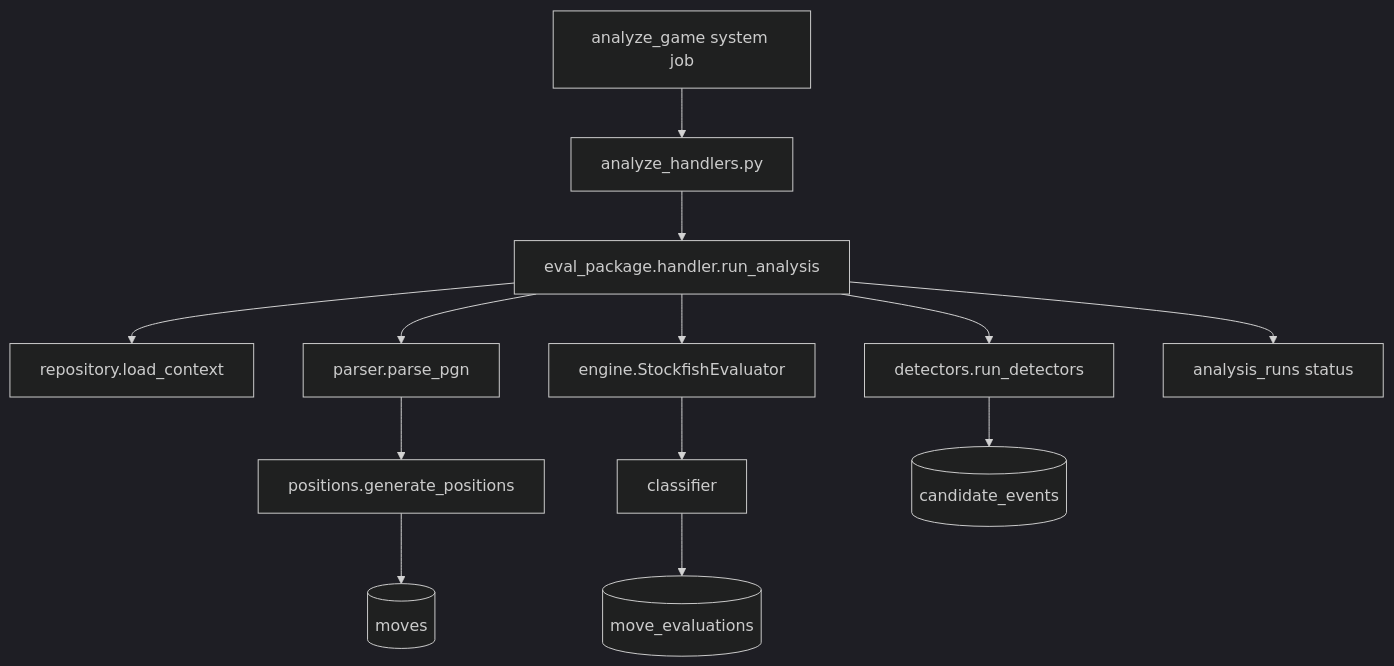
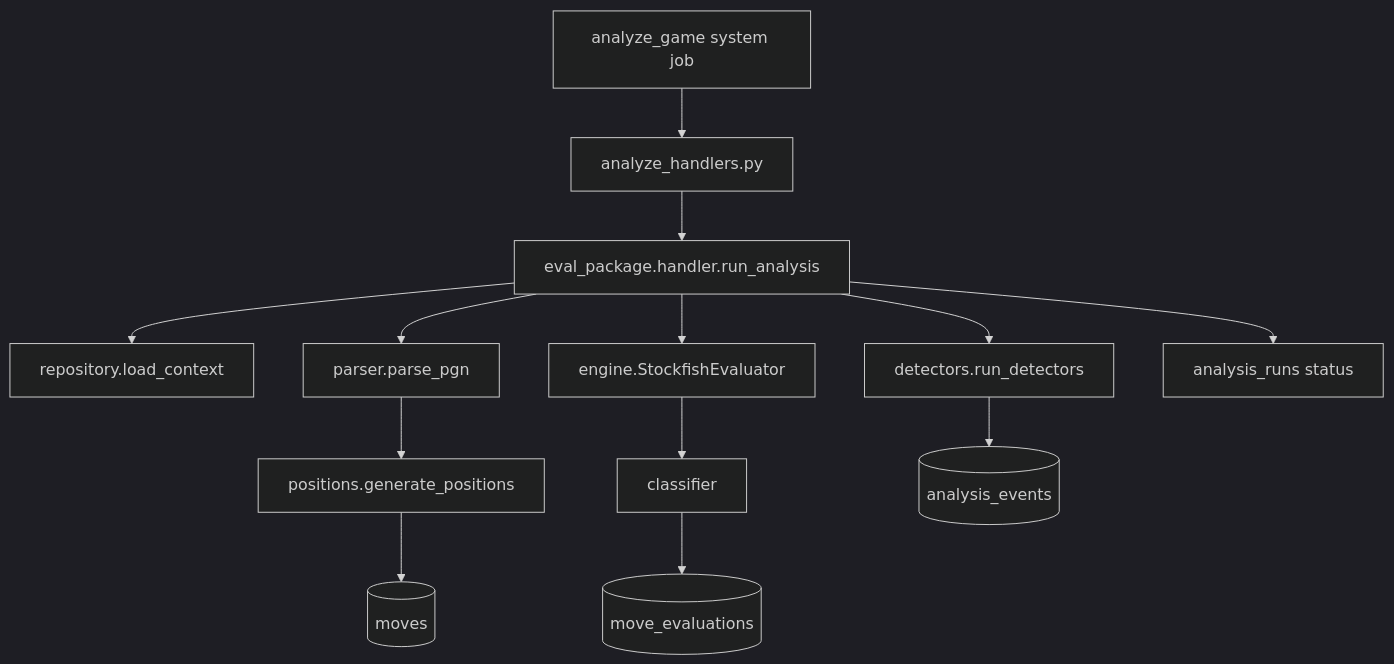
One commit to n8rzz/chess-mentor changed the diagram in docs/evaluation-engine.md. Above: the diagram before and after it, drawn with Mermaid (dark theme). The commit also changed other lines of this file and 165 other files, not shown here.

````diff
--- a/docs/evaluation-engine.md
+++ b/docs/evaluation-engine.md
@@ -19,15 +19,15 @@
 ```mermaid
 flowchart TD
     Job[analyze_game system job] --> Handler[analyze_handlers.py]
     Handler --> Run[eval_package.handler.run_analysis]
     Run --> Load[repository.load_context]
     Run --> Parse[parser.parse_pgn]
     Parse --> Pos[positions.generate_positions]
     Pos --> Moves[(moves)]
     Run --> Engine[engine.StockfishEvaluator]
     Engine --> Class[classifier]
     Class --> Evals[(move_evaluations)]
     Run --> Det[detectors.run_detectors]
-    Det --> Events[(candidate_events)]
+    Det --> Events[(analysis_events)]
     Run --> RunStatus[analysis_runs status]
 ```
````
